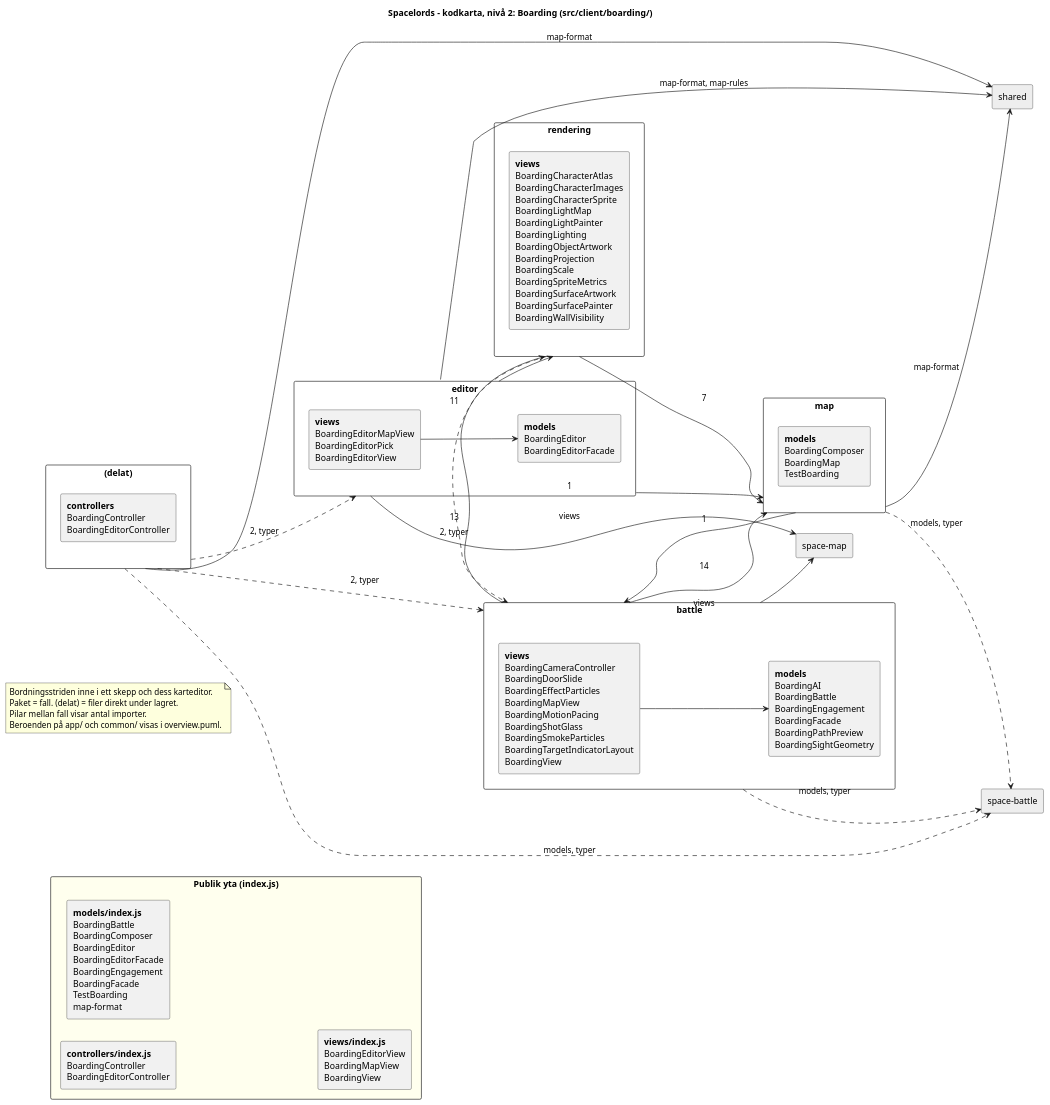
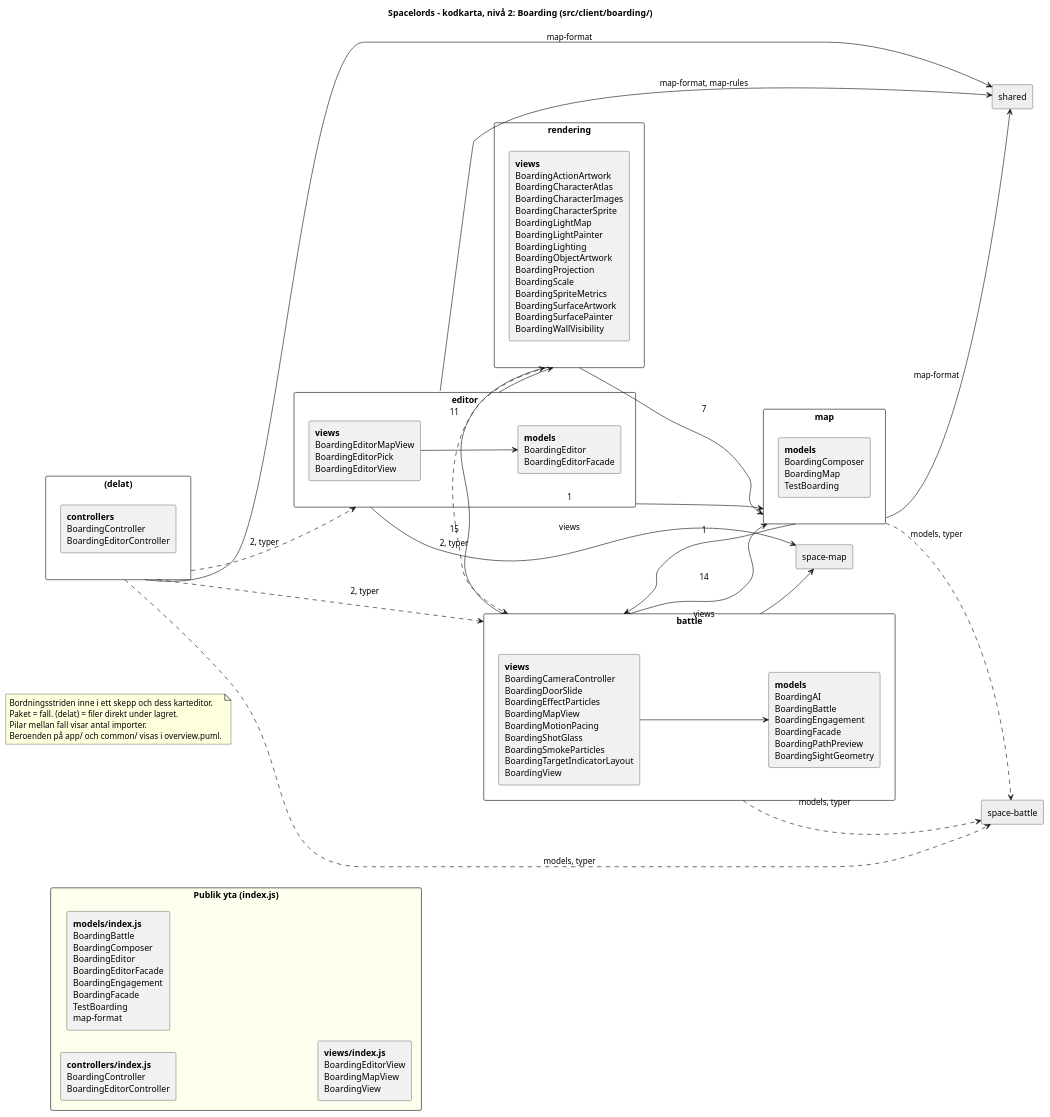
Before and after one commit to dntoll/spacelords: the diagram in docs/architecture/boarding.puml, drawn with PlantUML. The commit also changed 11 other files, not shown here.

Commit message:
feat: show boarding AP costs and action symbols

```diff
--- a/docs/architecture/boarding.puml
+++ b/docs/architecture/boarding.puml
@@ -1,58 +1,58 @@
 @startuml
 ' Generated by scripts/architecture-map.mjs from architecture.config.mjs and
 ' the imports in src/. Do not edit by hand; run npm run architecture:map.
 title Spacelords – kodkarta, nivå 2: Boarding (src/client/boarding/)
 skinparam packageStyle rectangle
 skinparam shadowing false
 left to right direction
 note as about
   Bordningsstriden inne i ett skepp och dess karteditor.
   Paket = fall. (delat) = filer direkt under lagret.
   Pilar mellan fall visar antal importer.
   Beroenden på app/ och common/ visas i overview.puml.
 end note
 package "Publik yta (index.js)" as public_surface #FFFFEE {
   rectangle "<b>controllers/index.js</b>\nBoardingController\nBoardingEditorController" as public__controllers
   rectangle "<b>models/index.js</b>\nBoardingBattle\nBoardingComposer\nBoardingEditor\nBoardingEditorFacade\nBoardingEngagement\nBoardingFacade\nTestBoarding\nmap-format" as public__models
   rectangle "<b>views/index.js</b>\nBoardingEditorView\nBoardingMapView\nBoardingView" as public__views
 }
 package "(delat)" as boarding___delat_ {
   rectangle "<b>controllers</b>\nBoardingController\nBoardingEditorController" as boarding___delat___controllers
 }
 package "battle" as boarding__battle {
   rectangle "<b>models</b>\nBoardingAI\nBoardingBattle\nBoardingEngagement\nBoardingFacade\nBoardingPathPreview\nBoardingSightGeometry" as boarding__battle__models
   rectangle "<b>views</b>\nBoardingCameraController\nBoardingDoorSlide\nBoardingEffectParticles\nBoardingMapView\nBoardingMotionPacing\nBoardingShotGlass\nBoardingSmokeParticles\nBoardingTargetIndicatorLayout\nBoardingView" as boarding__battle__views
 }
 package "editor" as boarding__editor {
   rectangle "<b>models</b>\nBoardingEditor\nBoardingEditorFacade" as boarding__editor__models
   rectangle "<b>views</b>\nBoardingEditorMapView\nBoardingEditorPick\nBoardingEditorView" as boarding__editor__views
 }
 package "map" as boarding__map {
   rectangle "<b>models</b>\nBoardingComposer\nBoardingMap\nTestBoarding" as boarding__map__models
 }
 package "rendering" as boarding__rendering {
-  rectangle "<b>views</b>\nBoardingCharacterAtlas\nBoardingCharacterImages\nBoardingCharacterSprite\nBoardingLightMap\nBoardingLightPainter\nBoardingLighting\nBoardingObjectArtwork\nBoardingProjection\nBoardingScale\nBoardingSpriteMetrics\nBoardingSurfaceArtwork\nBoardingSurfacePainter\nBoardingWallVisibility" as boarding__rendering__views
+  rectangle "<b>views</b>\nBoardingActionArtwork\nBoardingCharacterAtlas\nBoardingCharacterImages\nBoardingCharacterSprite\nBoardingLightMap\nBoardingLightPainter\nBoardingLighting\nBoardingObjectArtwork\nBoardingProjection\nBoardingScale\nBoardingSpriteMetrics\nBoardingSurfaceArtwork\nBoardingSurfacePainter\nBoardingWallVisibility" as boarding__rendering__views
 }
 rectangle "shared" as ext__shared #EEEEEE
 rectangle "space-battle" as ext__space_battle #EEEEEE
 rectangle "space-map" as ext__space_map #EEEEEE
 boarding__battle__views --> boarding__battle__models
 boarding__editor__views --> boarding__editor__models
 boarding___delat_ ..> boarding__battle : 2, typer
 boarding___delat_ ..> boarding__editor : 2, typer
 boarding__battle --> boarding__map : 14
-boarding__battle --> boarding__rendering : 13
+boarding__battle --> boarding__rendering : 15
 boarding__editor --> boarding__map : 1
 boarding__editor --> boarding__rendering : 11
 boarding__map --> boarding__battle : 1
 boarding__rendering ..> boarding__battle : 2, typer
 boarding__rendering --> boarding__map : 7
 boarding___delat_ --> ext__shared : map-format
 boarding___delat_ ..> ext__space_battle : models, typer
 boarding__battle ..> ext__space_battle : models, typer
 boarding__battle --> ext__space_map : views
 boarding__editor --> ext__shared : map-format, map-rules
 boarding__editor --> ext__space_map : views
 boarding__map --> ext__shared : map-format
 boarding__map ..> ext__space_battle : models, typer
 @enduml
```
